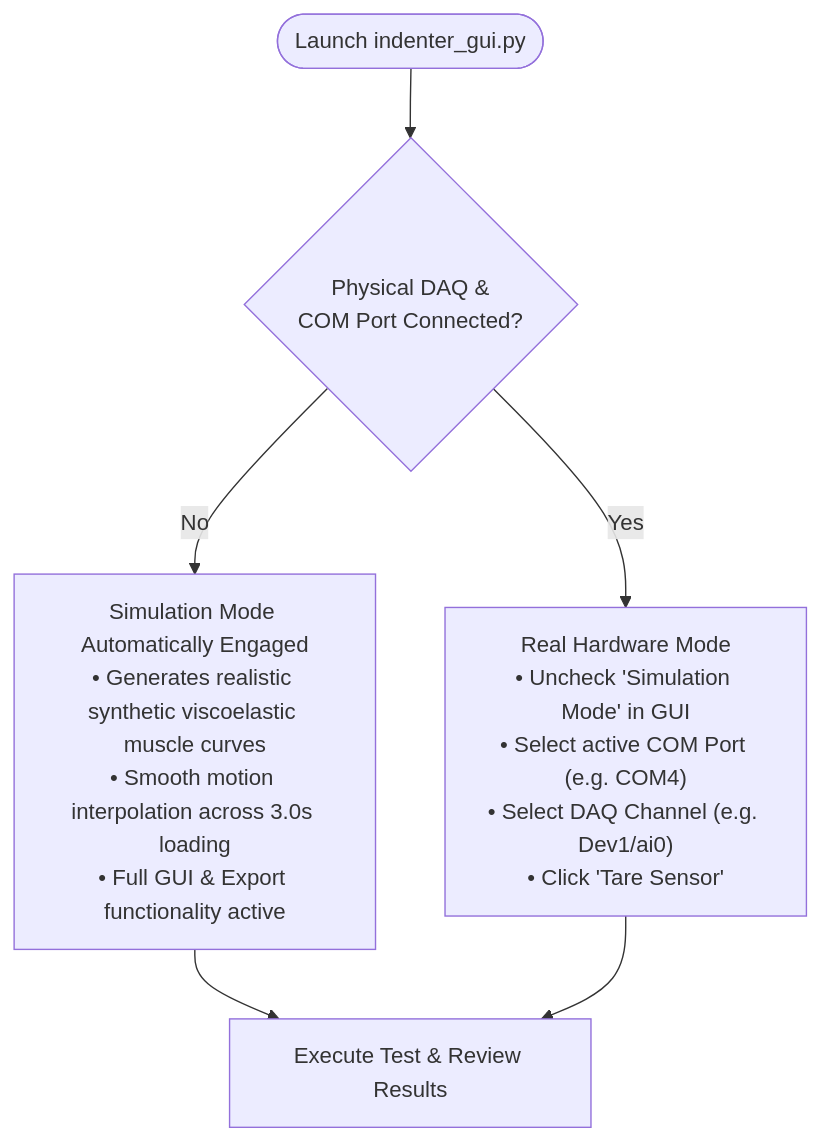
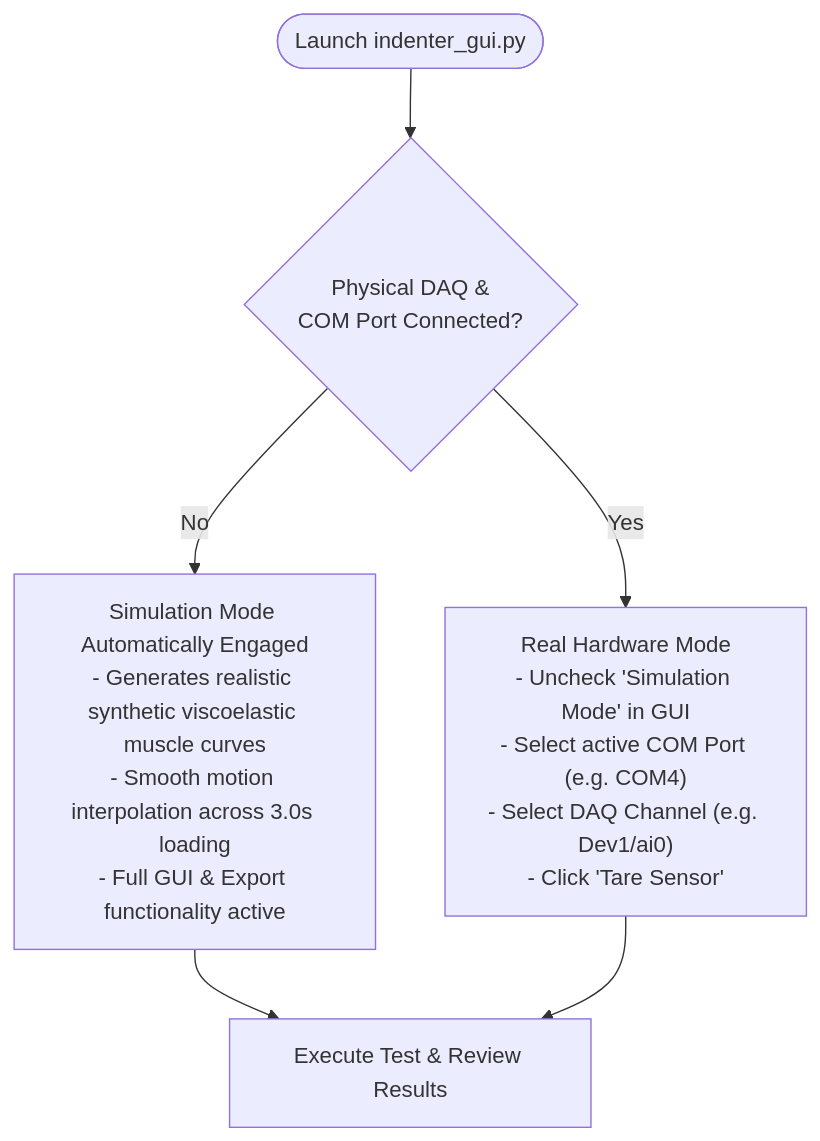
One commit to Corneliox/Indenter_LabView2Python changed the sixth of 6 diagrams in WORKFLOW.md. Above: the diagram before and after it, drawn with Mermaid. The commit also changed other lines of this file, not shown here.

Commit message:
Fix Mermaid diagram syntax for GitHub rendering

````diff
--- a/WORKFLOW.md
+++ b/WORKFLOW.md
@@ -213,11 +213,11 @@
 ```mermaid
 flowchart TD
     Start([Launch indenter_gui.py]) --> CheckEnv{Physical DAQ &<br/>COM Port Connected?}
     
-    CheckEnv -- No --> SimMode["Simulation Mode Automatically Engaged<br/>• Generates realistic synthetic viscoelastic muscle curves<br/>• Smooth motion interpolation across 3.0s loading<br/>• Full GUI & Export functionality active"]
+    CheckEnv -- No --> SimMode["Simulation Mode Automatically Engaged<br/>- Generates realistic synthetic viscoelastic muscle curves<br/>- Smooth motion interpolation across 3.0s loading<br/>- Full GUI & Export functionality active"]
     
-    CheckEnv -- Yes --> RealMode["Real Hardware Mode<br/>• Uncheck 'Simulation Mode' in GUI<br/>• Select active COM Port (e.g. COM4)<br/>• Select DAQ Channel (e.g. Dev1/ai0)<br/>• Click 'Tare Sensor'"]
+    CheckEnv -- Yes --> RealMode["Real Hardware Mode<br/>- Uncheck 'Simulation Mode' in GUI<br/>- Select active COM Port (e.g. COM4)<br/>- Select DAQ Channel (e.g. Dev1/ai0)<br/>- Click 'Tare Sensor'"]
     
     SimMode --> TestRun[Execute Test & Review Results]
     RealMode --> TestRun
 ```
````
